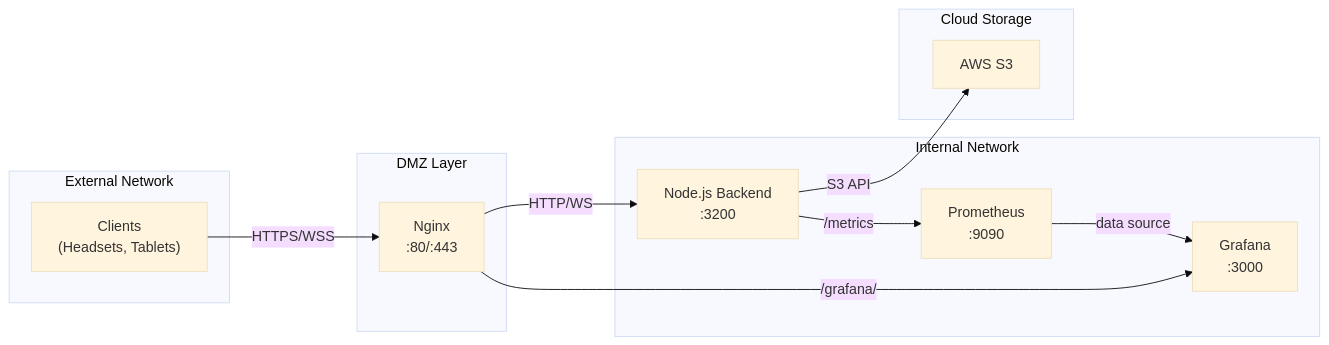
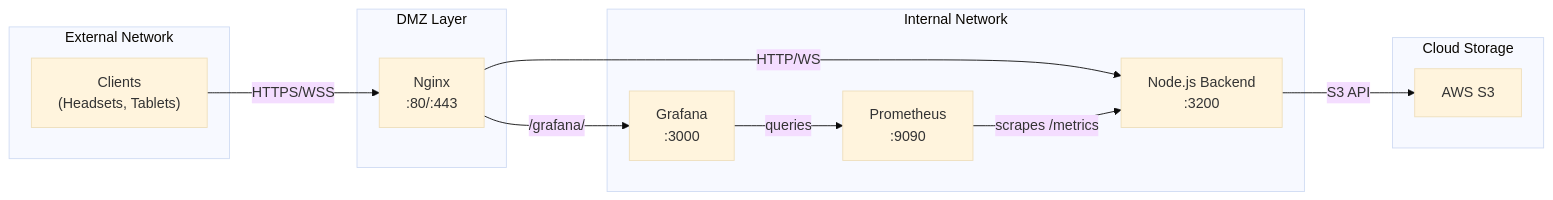
One commit to Turing-Robotics/reporting-dashboard changed the third of 3 diagrams in README.md. Above: the diagram before and after it, drawn with Mermaid (base theme). The commit also changed other lines of this file and 7 other files, not shown here.

````diff
--- a/README.md
+++ b/README.md
@@ -104,27 +104,27 @@
 ```mermaid
 flowchart LR
     subgraph external["External Network"]
         client["Clients\n(Headsets, Tablets)"]
     end
 
     subgraph dmz["DMZ Layer"]
         nginx["Nginx\n:80/:443"]
     end
 
     subgraph internal["Internal Network"]
         backend["Node.js Backend\n:3200"]
         prom["Prometheus\n:9090"]
         graf["Grafana\n:3000"]
     end
 
     subgraph storage["Cloud Storage"]
         s3["AWS S3"]
     end
 
     client -->|"HTTPS/WSS"| nginx
     nginx -->|"HTTP/WS"| backend
     nginx -->|"/grafana/"| graf
-    backend -->|"/metrics"| prom
-    prom -->|"data source"| graf
+    prom -->|"scrapes /metrics"| backend
+    graf -->|"queries"| prom
     backend -->|"S3 API"| s3
 ```
````
